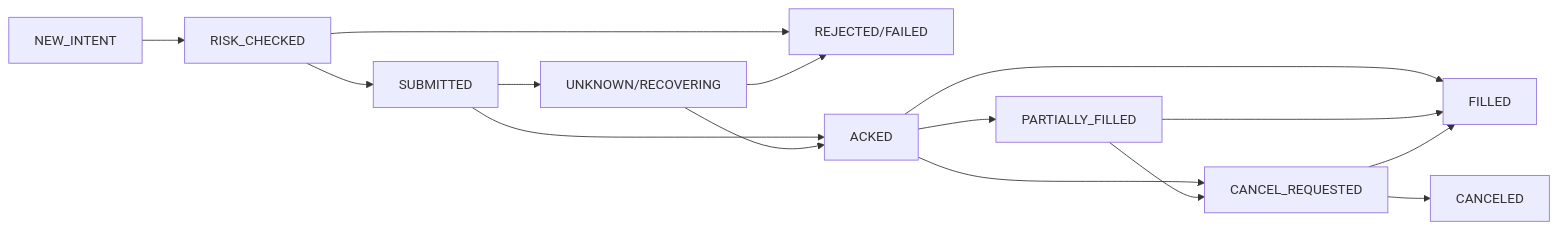
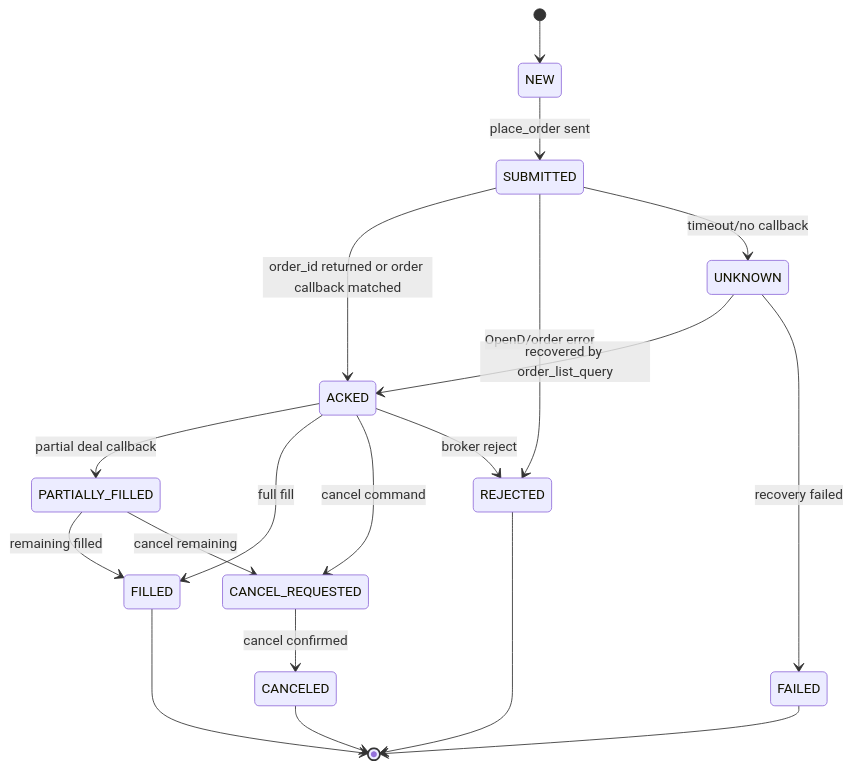
Before and after one commit to Jerry241410/trade_pre: the third of 3 diagrams in OpenD_Control_Execution_Refactor_Requirements.md, drawn with Mermaid. The commit also changed other lines of this file, not shown here.

````diff
--- a/OpenD_Control_Execution_Refactor_Requirements.md
+++ b/OpenD_Control_Execution_Refactor_Requirements.md
@@ -143,17 +125,21 @@
 ```mermaid
-flowchart LR
-    NEW[NEW_INTENT] --> RISK[RISK_CHECKED]
-    RISK --> SUBMITTED[SUBMITTED]
-    RISK --> REJECTED[REJECTED/FAILED]
-    SUBMITTED --> ACKED[ACKED]
-    SUBMITTED --> UNKNOWN[UNKNOWN/RECOVERING]
-    ACKED --> PARTIAL[PARTIALLY_FILLED]
-    ACKED --> FILLED[FILLED]
-    PARTIAL --> FILLED
-    ACKED --> CANCELREQ[CANCEL_REQUESTED]
-    PARTIAL --> CANCELREQ
-    CANCELREQ --> CANCELED[CANCELED]
-    CANCELREQ --> FILLED
-    UNKNOWN --> ACKED
-    UNKNOWN --> REJECTED
+stateDiagram-v2
+    [*] --> NEW
+    NEW --> SUBMITTED: place_order sent
+    SUBMITTED --> ACKED: order_id returned or order callback matched
+    ACKED --> PARTIALLY_FILLED: partial deal callback
+    ACKED --> FILLED: full fill
+    PARTIALLY_FILLED --> FILLED: remaining filled
+    ACKED --> CANCEL_REQUESTED: cancel command
+    PARTIALLY_FILLED --> CANCEL_REQUESTED: cancel remaining
+    CANCEL_REQUESTED --> CANCELED: cancel confirmed
+    SUBMITTED --> REJECTED: OpenD/order error
+    ACKED --> REJECTED: broker reject
+    SUBMITTED --> UNKNOWN: timeout/no callback
+    UNKNOWN --> ACKED: recovered by order_list_query
+    UNKNOWN --> FAILED: recovery failed
+    FILLED --> [*]
+    CANCELED --> [*]
+    REJECTED --> [*]
+    FAILED --> [*]
 ```
````
